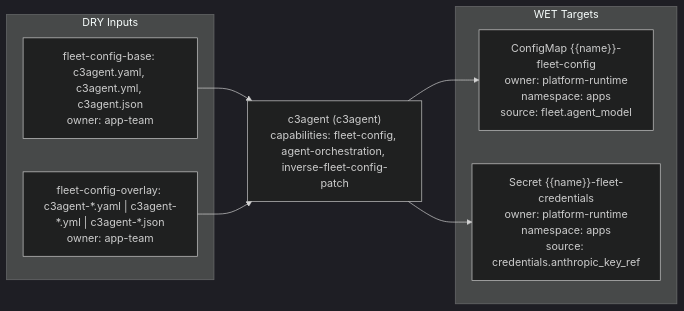
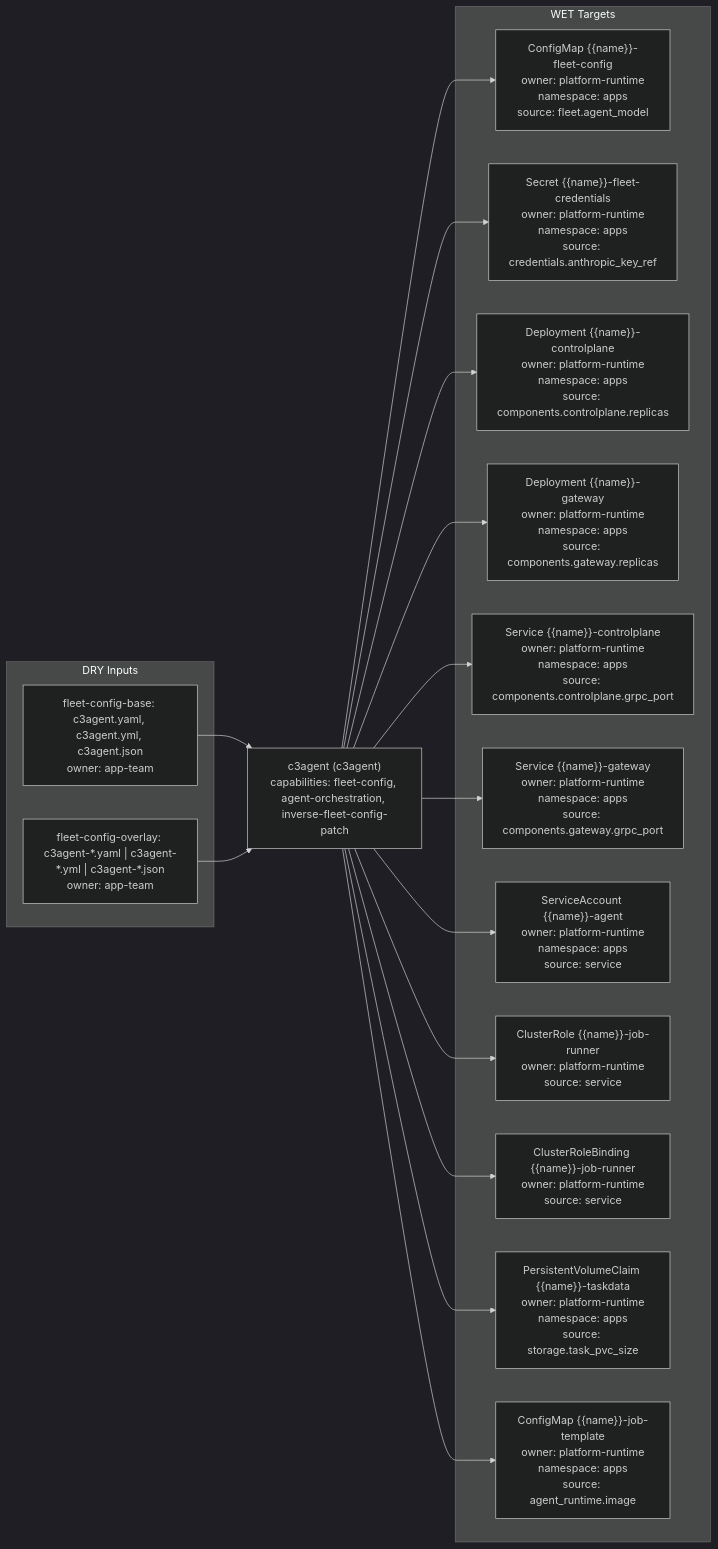
One commit to confighub/cub-gen changed the diagram in docs/triple-styles/style-c-yaml-plus-docs/c3agent/triple.md. Above: the diagram before and after it, drawn with Mermaid (dark theme). The commit also changed other lines of this file and 18 other files, not shown here.

````diff
--- a/docs/triple-styles/style-c-yaml-plus-docs/c3agent/triple.md
+++ b/docs/triple-styles/style-c-yaml-plus-docs/c3agent/triple.md
@@ -7,16 +7,34 @@
 ```mermaid
 flowchart LR
   subgraph DRY["DRY Inputs"]
     d1["fleet-config-base: c3agent.yaml, c3agent.yml, c3agent.json<br/>owner: app-team"]
     d2["fleet-config-overlay: c3agent-*.yaml | c3agent-*.yml | c3agent-*.json<br/>owner: app-team"]
   end
   gen["c3agent (c3agent)<br/>capabilities: fleet-config, agent-orchestration, inverse-fleet-config-patch"]
   subgraph WET["WET Targets"]
     w1["ConfigMap {{name}}-fleet-config<br/>owner: platform-runtime<br/>namespace: apps<br/>source: fleet.agent_model"]
     w2["Secret {{name}}-fleet-credentials<br/>owner: platform-runtime<br/>namespace: apps<br/>source: credentials.anthropic_key_ref"]
+    w3["Deployment {{name}}-controlplane<br/>owner: platform-runtime<br/>namespace: apps<br/>source: components.controlplane.replicas"]
+    w4["Deployment {{name}}-gateway<br/>owner: platform-runtime<br/>namespace: apps<br/>source: components.gateway.replicas"]
+    w5["Service {{name}}-controlplane<br/>owner: platform-runtime<br/>namespace: apps<br/>source: components.controlplane.grpc_port"]
+    w6["Service {{name}}-gateway<br/>owner: platform-runtime<br/>namespace: apps<br/>source: components.gateway.grpc_port"]
+    w7["ServiceAccount {{name}}-agent<br/>owner: platform-runtime<br/>namespace: apps<br/>source: service"]
+    w8["ClusterRole {{name}}-job-runner<br/>owner: platform-runtime<br/>source: service"]
+    w9["ClusterRoleBinding {{name}}-job-runner<br/>owner: platform-runtime<br/>source: service"]
+    w10["PersistentVolumeClaim {{name}}-taskdata<br/>owner: platform-runtime<br/>namespace: apps<br/>source: storage.task_pvc_size"]
+    w11["ConfigMap {{name}}-job-template<br/>owner: platform-runtime<br/>namespace: apps<br/>source: agent_runtime.image"]
   end
   d1 --> gen
   d2 --> gen
   gen --> w1
   gen --> w2
+  gen --> w3
+  gen --> w4
+  gen --> w5
+  gen --> w6
+  gen --> w7
+  gen --> w8
+  gen --> w9
+  gen --> w10
+  gen --> w11
 ```
````
